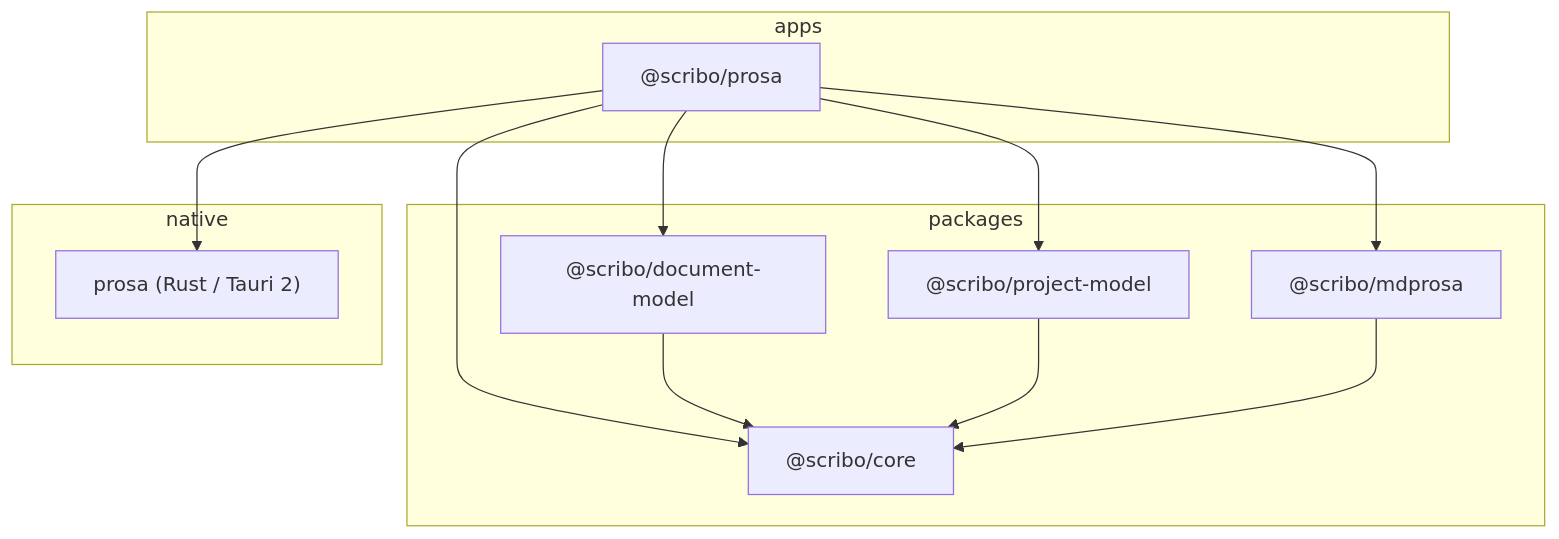
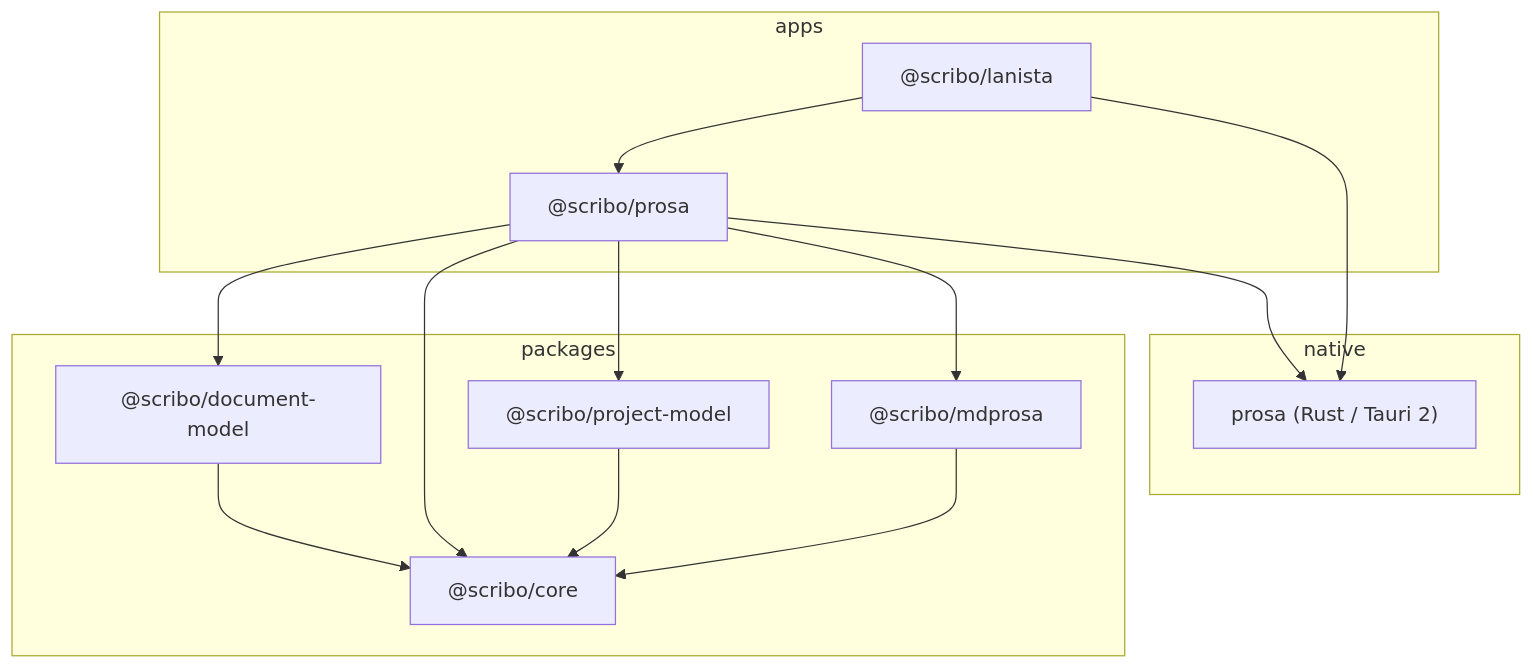
The diagram in docs/architecture/system-overview.md (erista-scribam/base), drawn with Mermaid before and after one commit. The commit also changed 3 other files, not shown here.

First line of the commit message:
feat(prosa): workspace tasks stub and Lanista launch context

````diff
--- a/docs/architecture/system-overview.md
+++ b/docs/architecture/system-overview.md
@@ -7,23 +7,26 @@
 ```mermaid
 flowchart TB
   subgraph apps
+    Lanista["@scribo/lanista"]
     Prosa["@scribo/prosa"]
   end
   subgraph packages
     DM["@scribo/document-model"]
     Core["@scribo/core"]
     PM["@scribo/project-model"]
     MP["@scribo/mdprosa"]
   end
   subgraph native
     Tauri["prosa (Rust / Tauri 2)"]
   end
   Prosa --> DM
   Prosa --> Core
   Prosa --> PM
   Prosa --> MP
   DM --> Core
   PM --> Core
   MP --> Core
+  Lanista --> Prosa
   Prosa --> Tauri
+  Lanista --> Tauri
 ```
````
